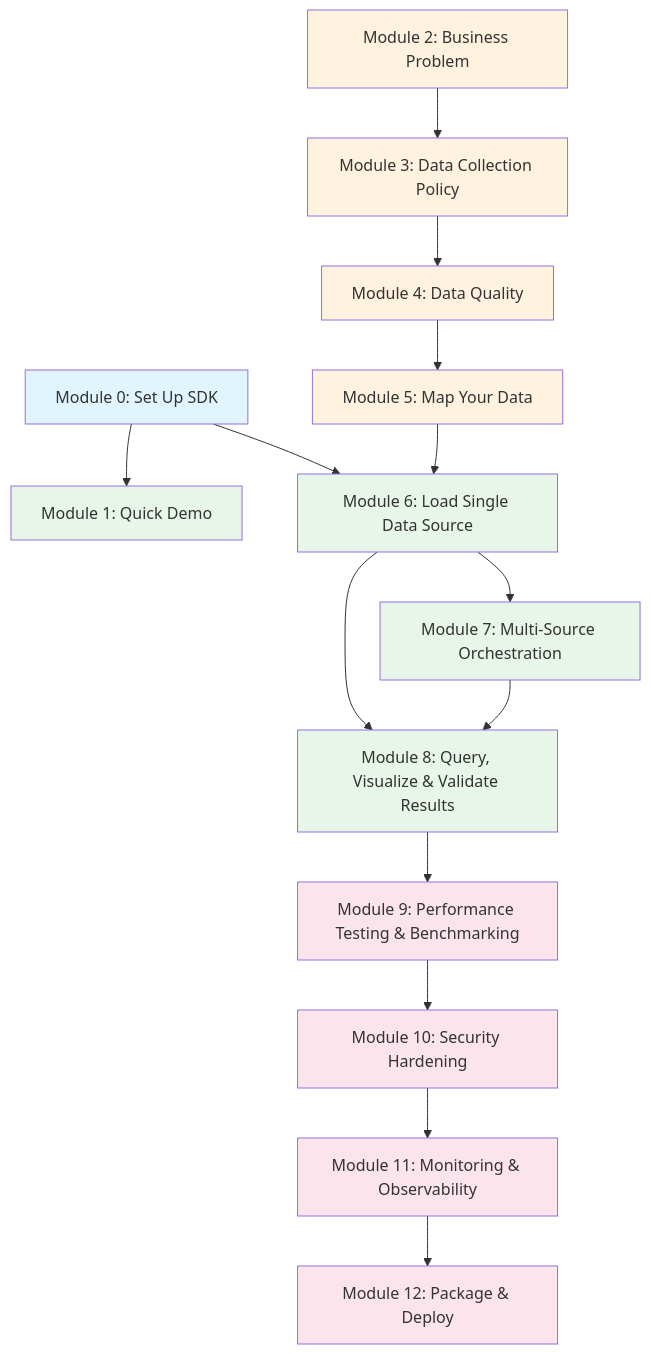
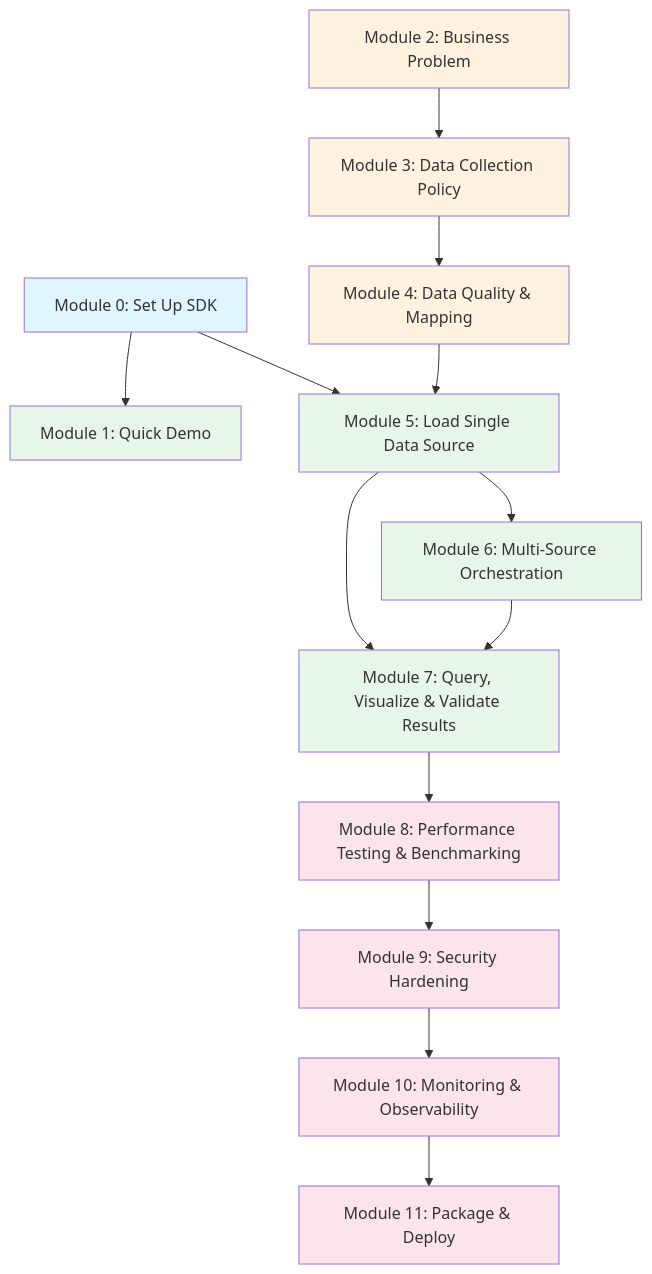
Before and after one commit to docktermj/senzing-bootcamp-kiro-powers: the diagram in senzing-bootcamp/docs/diagrams/module-prerequisites.md, drawn with Mermaid. The commit also changed other lines of this file and 93 other files, not shown here.

````diff
--- a/senzing-bootcamp/docs/diagrams/module-prerequisites.md
+++ b/senzing-bootcamp/docs/diagrams/module-prerequisites.md
@@ -5,33 +5,31 @@
 ```mermaid
 graph TD
     M0[Module 0: Set Up SDK] --> M1[Module 1: Quick Demo]
-    M0 --> M6[Module 6: Load Single Data Source]
+    M0 --> M5[Module 5: Load Single Data Source]
 
     M2[Module 2: Business Problem] --> M3[Module 3: Data Collection Policy]
-    M3 --> M4[Module 4: Data Quality]
-    M4 --> M5[Module 5: Map Your Data]
-    M5 --> M6
+    M3 --> M4[Module 4: Data Quality & Mapping]
+    M4 --> M5
 
-    M6 --> M7[Module 7: Multi-Source Orchestration]
-    M6 --> M8[Module 8: Query, Visualize & Validate Results]
-    M7 --> M8
+    M5 --> M6[Module 6: Multi-Source Orchestration]
+    M5 --> M7[Module 7: Query, Visualize & Validate Results]
+    M6 --> M7
 
-    M8 --> M9[Module 9: Performance Testing & Benchmarking]
-    M9 --> M10[Module 10: Security Hardening]
-    M10 --> M11[Module 11: Monitoring & Observability]
-    M11 --> M12[Module 12: Package & Deploy]
+    M7 --> M8[Module 8: Performance Testing & Benchmarking]
+    M8 --> M9[Module 9: Security Hardening]
+    M9 --> M10[Module 10: Monitoring & Observability]
+    M10 --> M11[Module 11: Package & Deploy]
 
     style M0 fill:#e1f5fe
     style M1 fill:#e8f5e9
     style M2 fill:#fff3e0
     style M3 fill:#fff3e0
     style M4 fill:#fff3e0
-    style M5 fill:#fff3e0
+    style M5 fill:#e8f5e9
     style M6 fill:#e8f5e9
     style M7 fill:#e8f5e9
-    style M8 fill:#e8f5e9
+    style M8 fill:#fce4ec
     style M9 fill:#fce4ec
     style M10 fill:#fce4ec
     style M11 fill:#fce4ec
-    style M12 fill:#fce4ec
 ```
````
